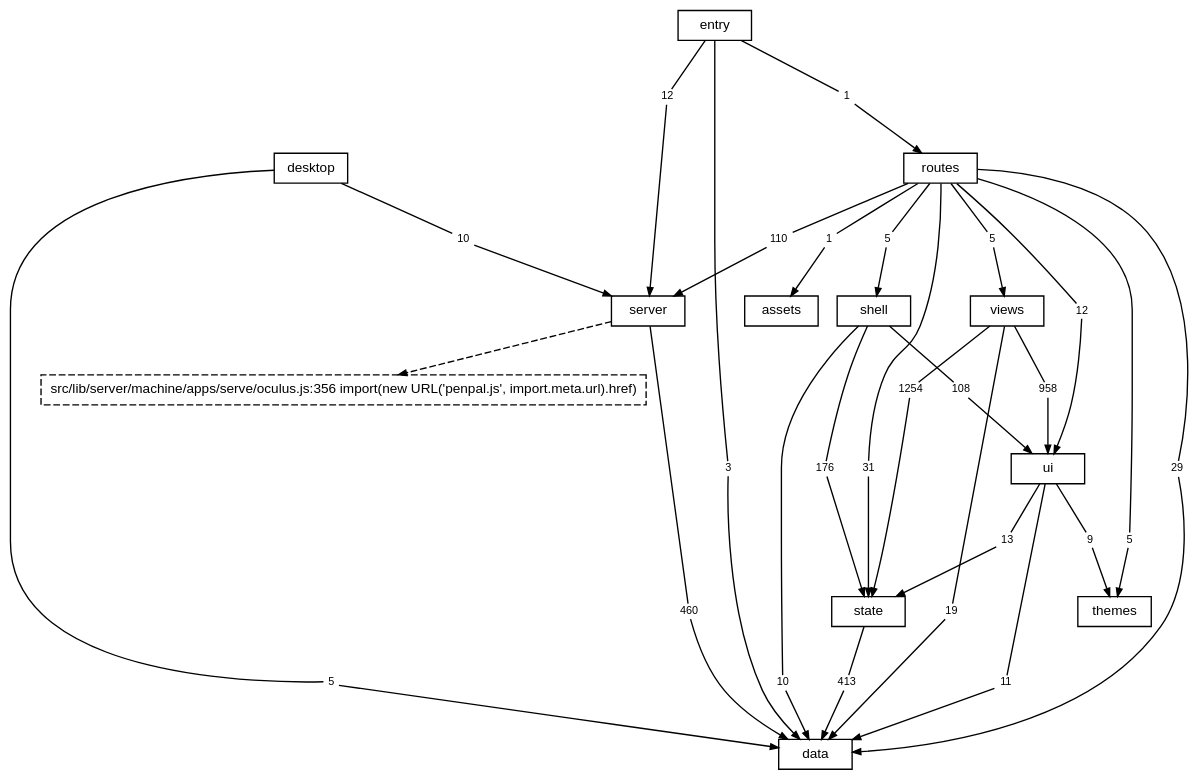
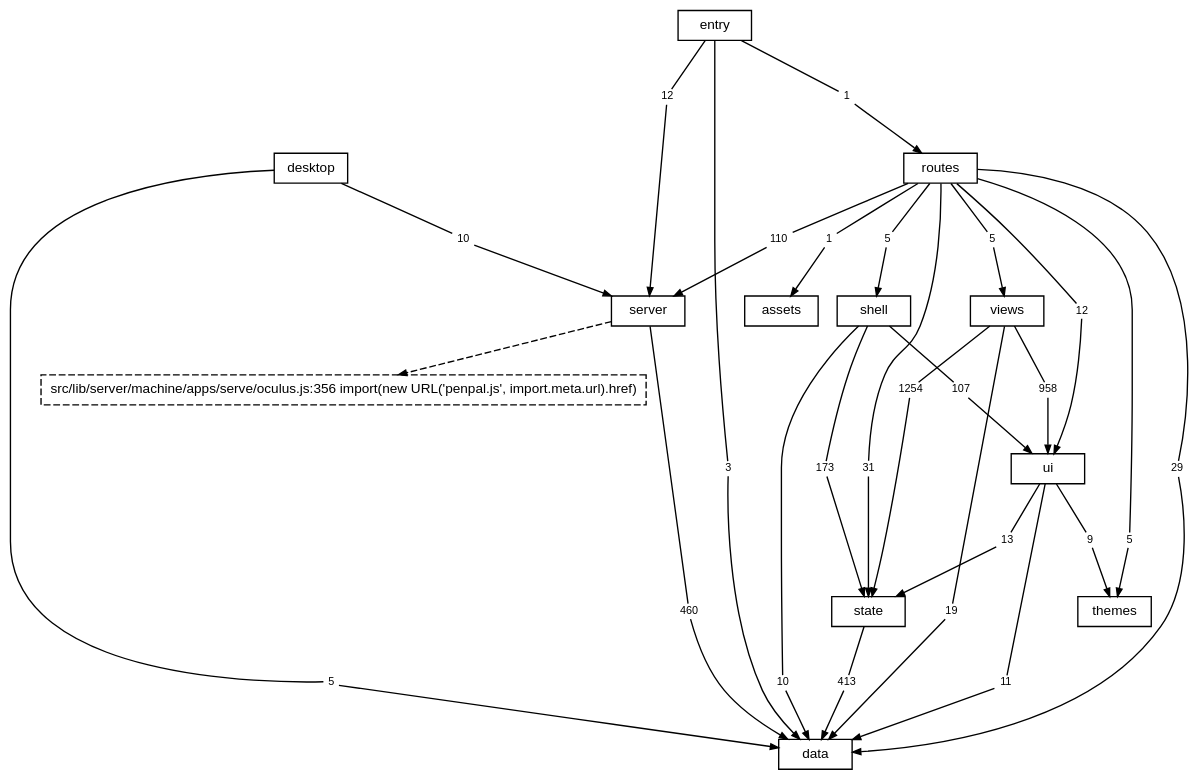
One commit to TheAxeC/oculus changed the diagram in docs/diagrams/layers.dot. Above: the diagram before and after it, drawn with Graphviz. The commit also changed 31 other files, not shown here.

```diff
--- a/docs/diagrams/layers.dot
+++ b/docs/diagrams/layers.dot
@@ -1,90 +1,90 @@
 digraph layers {
     graph [bgcolor="transparent", rankdir=TB, newrank=true, fontname="Helvetica,Arial,sans-serif", fontsize=12, nodesep=0.2, ranksep=0.5];
     node [shape=box, color="black", fontcolor="black", fontname="Helvetica,Arial,sans-serif", fontsize=10, height=0.3, margin="0.12,0.04"];
     edge [color="black", fontcolor="black", fontname="Helvetica,Arial,sans-serif", fontsize=8, arrowsize=0.6];
     "data";
     "server";
     "state";
     "ui";
     "shell";
     "views";
     "themes";
     "routes";
     "desktop";
     "src" [label="entry"];
     "files: assets" [label="assets"];
     "? src/lib/server/machine/apps/serve/oculus.js:356" [label="src/lib/server/machine/apps/serve/oculus.js:356 import(new URL('penpal.js', import.meta.url).href)", style=dashed];
     "desktop to data" [label="5", shape=box, color="transparent", fontsize=8, width=0, height=0, margin="0.04,0.02"];
     "desktop" -> "desktop to data" [arrowhead=none];
     "desktop to data" -> "data" [];
     "desktop to server" [label="10", shape=box, color="transparent", fontsize=8, width=0, height=0, margin="0.04,0.02"];
     "desktop" -> "desktop to server" [arrowhead=none];
     "desktop to server" -> "server" [];
     "routes to data" [label="29", shape=box, color="transparent", fontsize=8, width=0, height=0, margin="0.04,0.02"];
     "routes" -> "routes to data" [arrowhead=none];
     "routes to data" -> "data" [];
     "routes to files: assets" [label="1", shape=box, color="transparent", fontsize=8, width=0, height=0, margin="0.04,0.02"];
     "routes" -> "routes to files: assets" [arrowhead=none];
     "routes to files: assets" -> "files: assets" [];
     "routes to server" [label="110", shape=box, color="transparent", fontsize=8, width=0, height=0, margin="0.04,0.02"];
     "routes" -> "routes to server" [arrowhead=none];
     "routes to server" -> "server" [];
     "routes to shell" [label="5", shape=box, color="transparent", fontsize=8, width=0, height=0, margin="0.04,0.02"];
     "routes" -> "routes to shell" [arrowhead=none];
     "routes to shell" -> "shell" [];
     "routes to state" [label="31", shape=box, color="transparent", fontsize=8, width=0, height=0, margin="0.04,0.02"];
     "routes" -> "routes to state" [arrowhead=none];
     "routes to state" -> "state" [];
     "routes to themes" [label="5", shape=box, color="transparent", fontsize=8, width=0, height=0, margin="0.04,0.02"];
     "routes" -> "routes to themes" [arrowhead=none];
     "routes to themes" -> "themes" [];
     "routes to ui" [label="12", shape=box, color="transparent", fontsize=8, width=0, height=0, margin="0.04,0.02"];
     "routes" -> "routes to ui" [arrowhead=none];
     "routes to ui" -> "ui" [];
     "routes to views" [label="5", shape=box, color="transparent", fontsize=8, width=0, height=0, margin="0.04,0.02"];
     "routes" -> "routes to views" [arrowhead=none];
     "routes to views" -> "views" [];
     "server to data" [label="460", shape=box, color="transparent", fontsize=8, width=0, height=0, margin="0.04,0.02"];
     "server" -> "server to data" [arrowhead=none];
     "server to data" -> "data" [];
     "shell to data" [label="10", shape=box, color="transparent", fontsize=8, width=0, height=0, margin="0.04,0.02"];
     "shell" -> "shell to data" [arrowhead=none];
     "shell to data" -> "data" [];
-    "shell to state" [label="176", shape=box, color="transparent", fontsize=8, width=0, height=0, margin="0.04,0.02"];
+    "shell to state" [label="173", shape=box, color="transparent", fontsize=8, width=0, height=0, margin="0.04,0.02"];
     "shell" -> "shell to state" [arrowhead=none];
     "shell to state" -> "state" [];
-    "shell to ui" [label="108", shape=box, color="transparent", fontsize=8, width=0, height=0, margin="0.04,0.02"];
+    "shell to ui" [label="107", shape=box, color="transparent", fontsize=8, width=0, height=0, margin="0.04,0.02"];
     "shell" -> "shell to ui" [arrowhead=none];
     "shell to ui" -> "ui" [];
     "src to data" [label="3", shape=box, color="transparent", fontsize=8, width=0, height=0, margin="0.04,0.02"];
     "src" -> "src to data" [arrowhead=none];
     "src to data" -> "data" [];
     "src to routes" [label="1", shape=box, color="transparent", fontsize=8, width=0, height=0, margin="0.04,0.02"];
     "src" -> "src to routes" [arrowhead=none];
     "src to routes" -> "routes" [];
     "src to server" [label="12", shape=box, color="transparent", fontsize=8, width=0, height=0, margin="0.04,0.02"];
     "src" -> "src to server" [arrowhead=none];
     "src to server" -> "server" [];
     "state to data" [label="413", shape=box, color="transparent", fontsize=8, width=0, height=0, margin="0.04,0.02"];
     "state" -> "state to data" [arrowhead=none];
     "state to data" -> "data" [];
     "ui to data" [label="11", shape=box, color="transparent", fontsize=8, width=0, height=0, margin="0.04,0.02"];
     "ui" -> "ui to data" [arrowhead=none];
     "ui to data" -> "data" [];
     "ui to state" [label="13", shape=box, color="transparent", fontsize=8, width=0, height=0, margin="0.04,0.02"];
     "ui" -> "ui to state" [arrowhead=none];
     "ui to state" -> "state" [];
     "ui to themes" [label="9", shape=box, color="transparent", fontsize=8, width=0, height=0, margin="0.04,0.02"];
     "ui" -> "ui to themes" [arrowhead=none];
     "ui to themes" -> "themes" [];
     "views to data" [label="19", shape=box, color="transparent", fontsize=8, width=0, height=0, margin="0.04,0.02"];
     "views" -> "views to data" [arrowhead=none];
     "views to data" -> "data" [];
     "views to state" [label="1254", shape=box, color="transparent", fontsize=8, width=0, height=0, margin="0.04,0.02"];
     "views" -> "views to state" [arrowhead=none];
     "views to state" -> "state" [];
     "views to ui" [label="958", shape=box, color="transparent", fontsize=8, width=0, height=0, margin="0.04,0.02"];
     "views" -> "views to ui" [arrowhead=none];
     "views to ui" -> "ui" [];
     "server" -> "? src/lib/server/machine/apps/serve/oculus.js:356" [style=dashed];
 }
```
